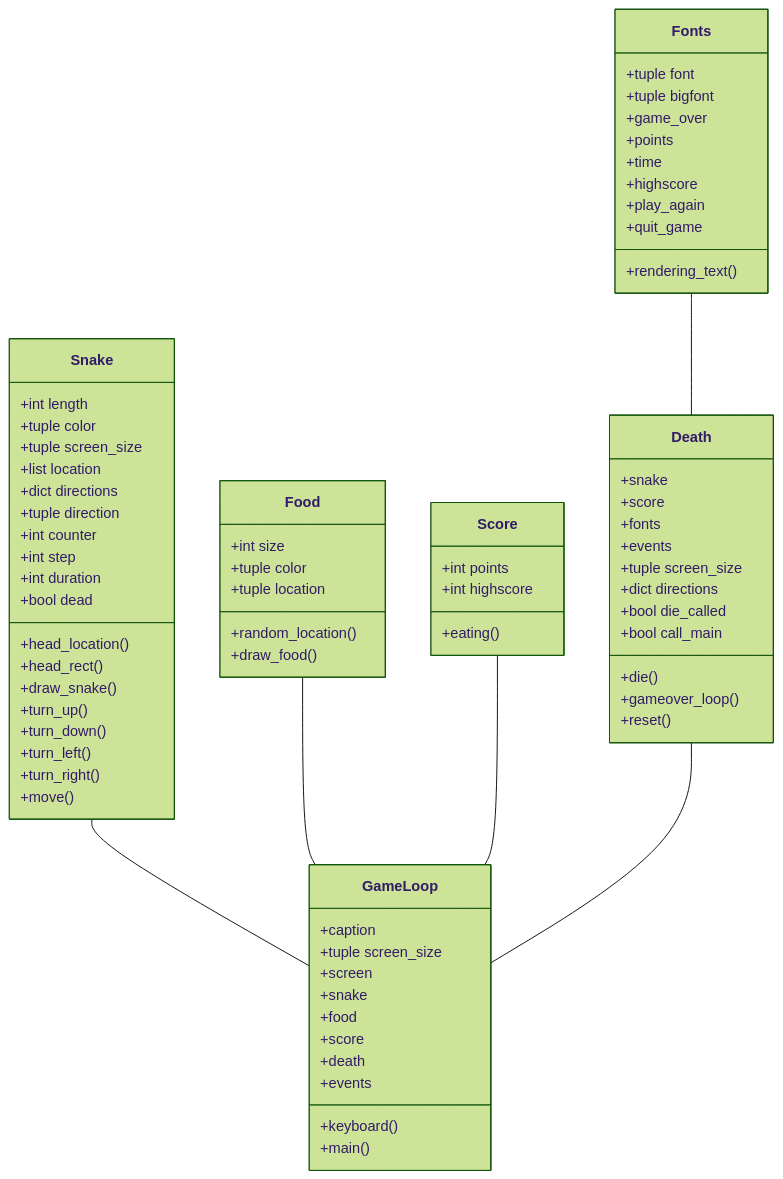
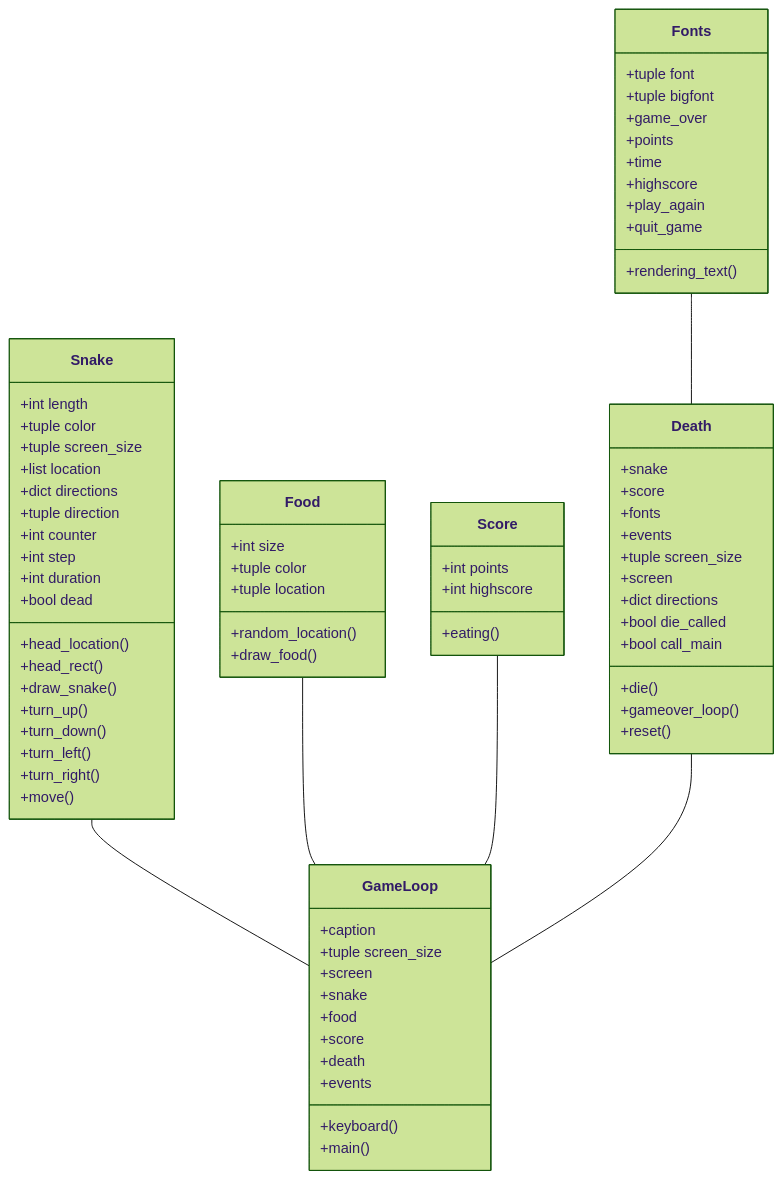
Before and after one commit to lottapispa/ot-harjoitystyo: the first of 3 diagrams in dokumentaatio/arkkitehtuuri.md, drawn with Mermaid (forest theme).

````diff
--- a/dokumentaatio/arkkitehtuuri.md
+++ b/dokumentaatio/arkkitehtuuri.md
@@ -6,76 +6,77 @@
 ```mermaid
 classDiagram
     Snake -- GameLoop
     Food -- GameLoop
     Score -- GameLoop
     Death -- GameLoop
     Fonts -- Death
     class Snake{
         +int length
         +tuple color
         +tuple screen_size
         +list location
         +dict directions
         +tuple direction
         +int counter
         +int step
         +int duration
         +bool dead
         +head_location()
         +head_rect()
         +draw_snake()
         +turn_up()
         +turn_down()
         +turn_left()
         +turn_right()
         +move()
     }
     class Food{
         +int size
         +tuple color
         +tuple location
         +random_location()
         +draw_food()
     }
     class Score{
         +int points
         +int highscore
         +eating()
     }
     class Death{
         +snake
         +score
         +fonts
         +events
         +tuple screen_size
+        +screen
         +dict directions
         +bool die_called
         +bool call_main
         +die()
         +gameover_loop()
         +reset()
     }
     class Fonts{
         +tuple font
         +tuple bigfont
         +game_over
         +points
         +time
         +highscore
         +play_again
         +quit_game
         +rendering_text()
     }
     class GameLoop{
         +caption
         +tuple screen_size
         +screen
         +snake
         +food
         +score
         +death
         +events
         +keyboard()
         +main()
     }
 ```
````
